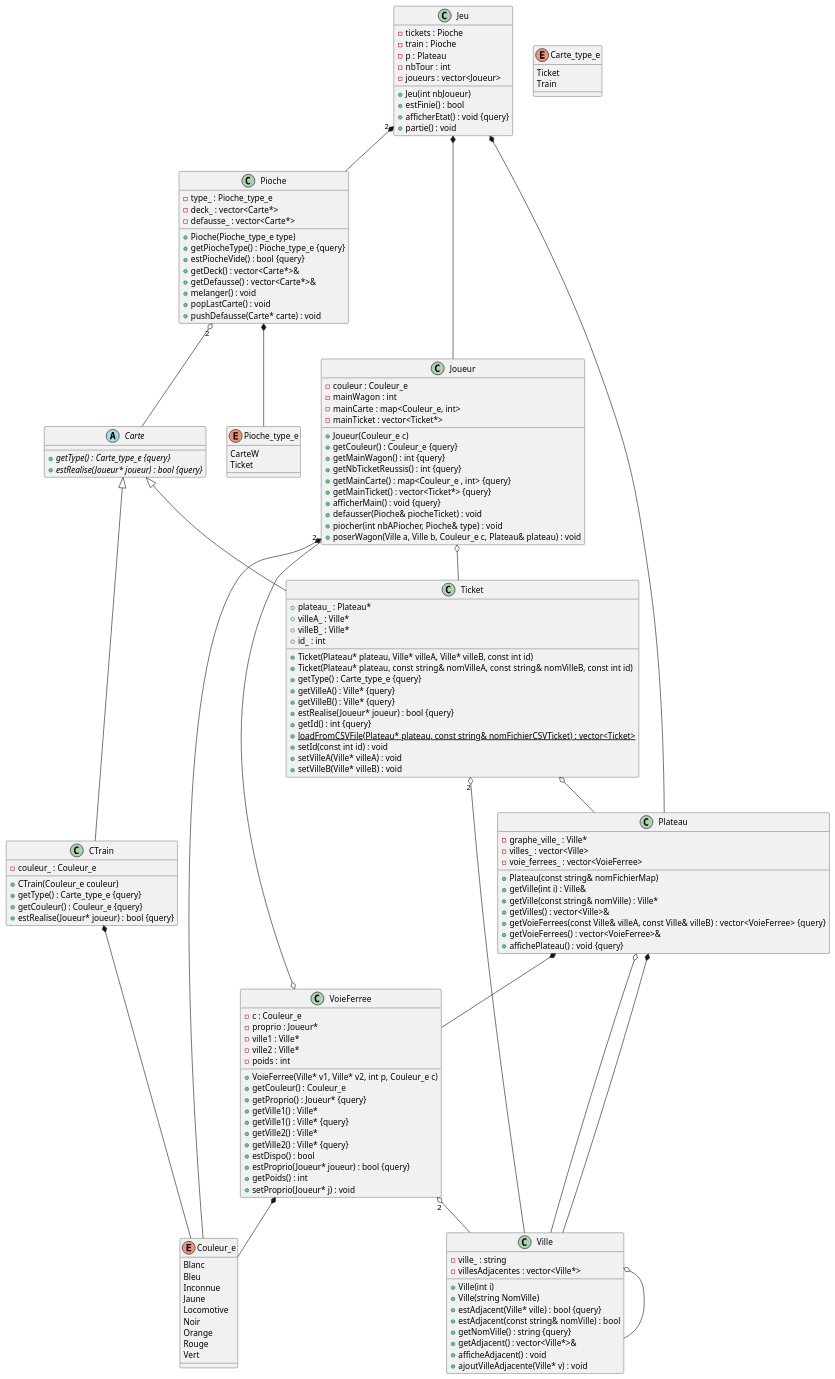
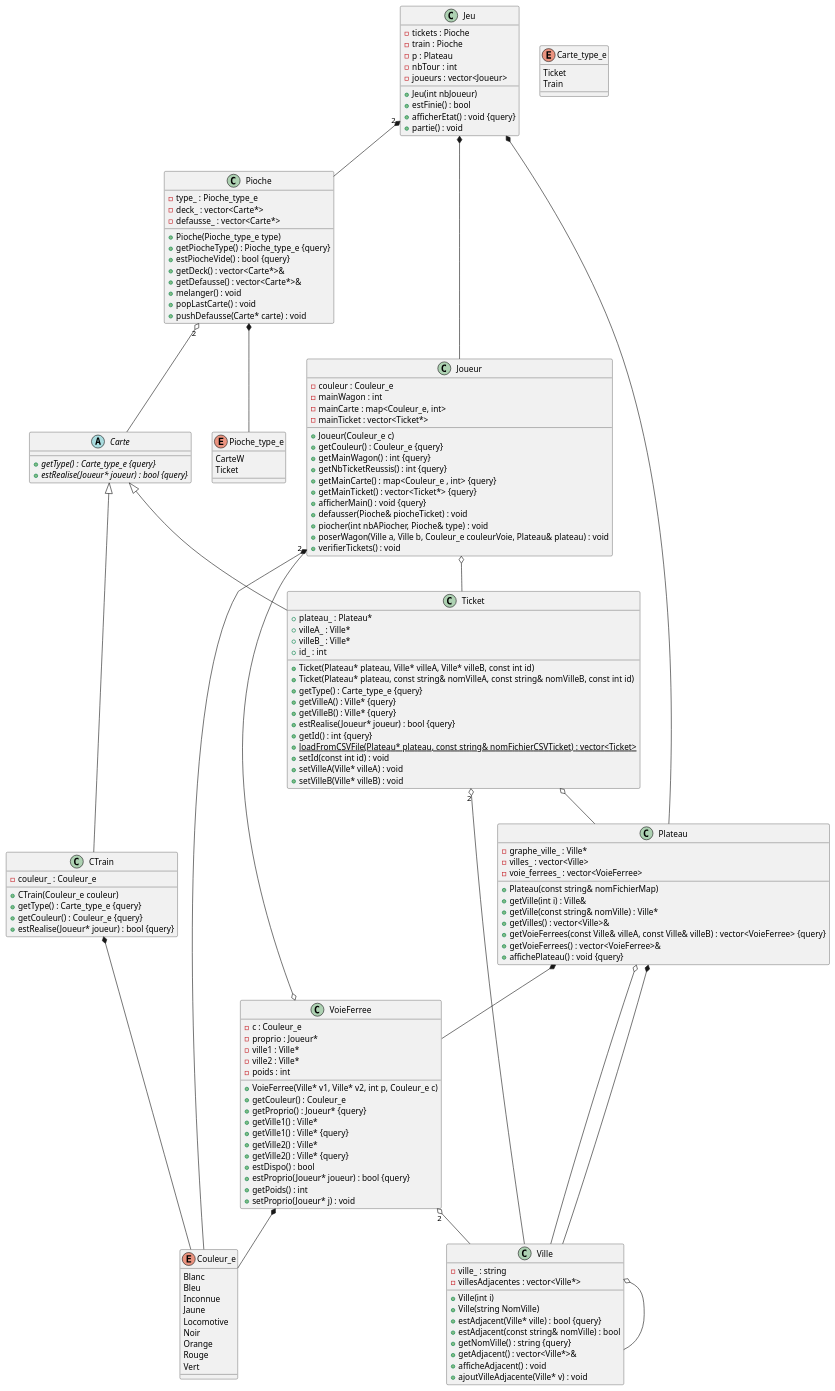
Before and after one commit to ECN-SEC-SMP/smp-tp11-note-secgpas: the diagram in specs/diagramme_classes.puml, drawn with PlantUML.

Commit message:
Mise à jour du diagramme_classes.puml

```diff
--- a/specs/diagramme_classes.puml
+++ b/specs/diagramme_classes.puml
@@ -48,7 +48,8 @@
 	+afficherMain() : void {query}
 	+defausser(Pioche& piocheTicket) : void
 	+piocher(int nbAPiocher, Pioche& type) : void
-	+poserWagon(Ville a, Ville b, Couleur_e c, Plateau& plateau) : void
+	+poserWagon(Ville a, Ville b, Couleur_e couleurVoie, Plateau& plateau) : void
+	+verifierTickets() : void
 }
 
 
```
